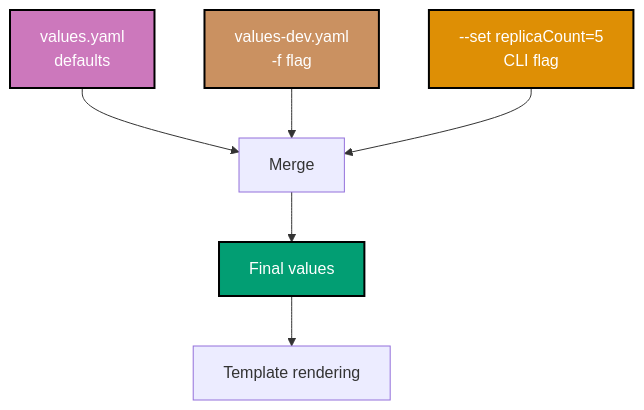
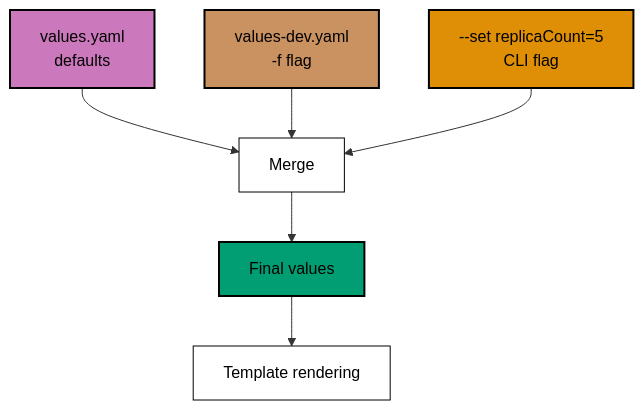
Before and after one commit to wahidyankf/ose-public: the ninth of 14 diagrams in apps/ayokoding-www/content/en/learn/legacy/software-engineering/infrastructure/tools/kubernetes/by-example/advanced.md, drawn with Mermaid. The commit also changed other lines of this file and 131 other files, not shown here.

First line of the commit message:
fix(mermaid): bring the legacy data, infrastructure, and testing diagrams onto the accessible palette

````diff
--- a/apps/ayokoding-www/content/en/learn/legacy/software-engineering/infrastructure/tools/kubernetes/by-example/advanced.md
+++ b/apps/ayokoding-www/content/en/learn/legacy/software-engineering/infrastructure/tools/kubernetes/by-example/advanced.md
@@ -2622,15 +2677,22 @@
 ```mermaid
 %% Color Palette: Blue #0173B2, Orange #DE8F05, Teal #029E73, Purple #CC78BC, Brown #CA9161
 %% Helm values precedence
 graph TD
+ accTitle: Example 75: Helm Values and Overrides
+ accDescr: Graph with 7 nodes and 6 connections. Nodes: values.yaml defaults, Merge, values-dev.yaml -f flag, D, set, Final values, Template rendering. Connections: values.yaml defaults to Merge, values-dev.yaml -f flag to Merge, D to set, set to Merge, Merge to Final values, Final values to Template rendering.
  A[values.yaml<br/>defaults] --> B[Merge]
  C[values-dev.yaml<br/>-f flag] --> B
  D[--set replicaCount=5<br/>CLI flag] --> B
  B --> E[Final values]
  E --> F[Template rendering]
 
- style A fill:#CC78BC,stroke:#000000,stroke-width:2px,color:#fff
- style C fill:#CA9161,stroke:#000000,stroke-width:2px,color:#fff
- style D fill:#DE8F05,stroke:#000000,stroke-width:2px,color:#fff
- style E fill:#029E73,stroke:#000000,stroke-width:2px,color:#fff
+ classDef pal-CC78BC fill:#CC78BC,stroke:#000000,color:#000000,stroke-width:2px
+ class A pal-CC78BC
+ classDef pal-CA9161 fill:#CA9161,stroke:#000000,color:#000000,stroke-width:2px
+ class C pal-CA9161
+ classDef pal-DE8F05 fill:#DE8F05,stroke:#000000,color:#000000,stroke-width:2px
+ class D pal-DE8F05
+ classDef pal-029E73 fill:#029E73,stroke:#000000,color:#000000,stroke-width:2px
+ class E pal-029E73
+ classDef default fill:#FFFFFF,stroke:#000000,color:#000000
 ```
````
